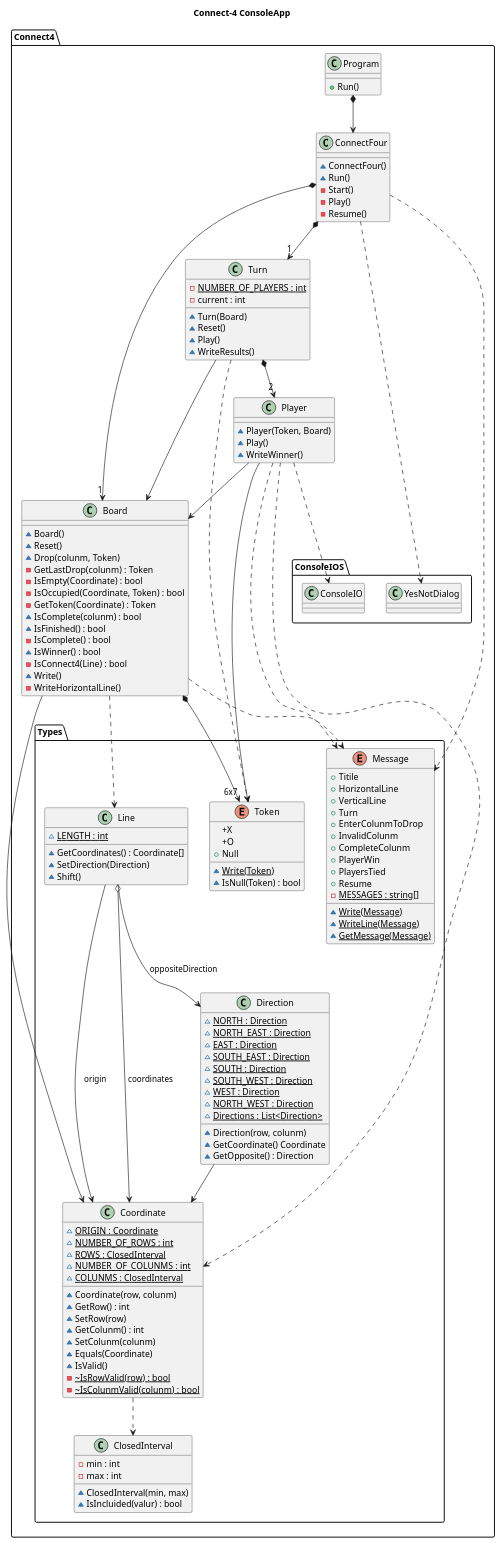
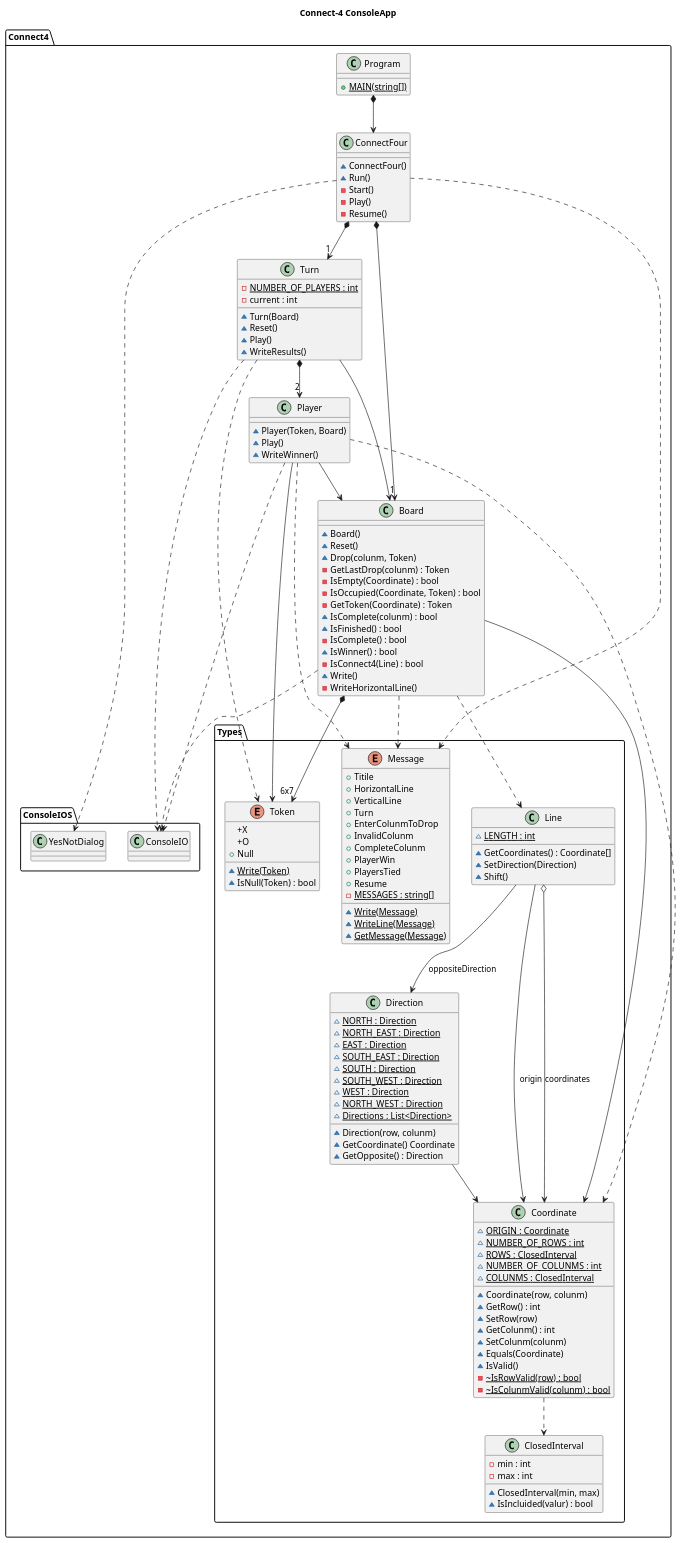
The diagram in src/Connect4/DomainModel/Version2/Docs/Models.plantuml (franpaulinoinfante/MasterSoftwareDevelopment), drawn with PlantUML before and after one commit. The commit also changed 1 other file, not shown here.

```diff
--- a/src/Connect4/DomainModel/Version2/Docs/Models.plantuml
+++ b/src/Connect4/DomainModel/Version2/Docs/Models.plantuml
@@ -1,141 +1,143 @@
 @startuml ConnectFourConsoleApp
 title Connect-4 ConsoleApp
 namespace Connect4{
     class Program{
-        +Run()
+        +{static}MAIN(string[])
     }
     Program *--> ConnectFour
 
     class ConnectFour{
         ~ConnectFour()
         ~Run()
         -Start()
         -Play()
         -Resume()
     }
     ConnectFour *--> "1" Board
     ConnectFour *--> "1" Turn
     ConnectFour ..> Types.Message
     ConnectFour ..> ConsoleIOS.YesNotDialog
 
     class Board{
         ~Board()
         ~Reset()
         ~Drop(colunm, Token)
         -GetLastDrop(colunm) : Token
         -IsEmpty(Coordinate) : bool
         -IsOccupied(Coordinate, Token) : bool
         -GetToken(Coordinate) : Token
         ~IsComplete(colunm) : bool
         ~IsFinished() : bool
         -IsComplete() : bool
         ~IsWinner() : bool
         -IsConnect4(Line) : bool
         ~Write()
         -WriteHorizontalLine()
     }
     Board *--> "6x7" Types.Token
     Board --> Types.Coordinate
     Board ..> Types.Line
     Board ..> Types.Message
+    Board ..> ConsoleIOS.ConsoleIO
 
     class Turn{
         -{static}NUMBER_OF_PLAYERS : int
         -current : int
         ~Turn(Board)
         ~Reset()
         ~Play()
         ~WriteResults()
     }
     Turn *--> "2" Player
     Turn --> Board
     Turn ..> Types.Token
+    Turn ..> ConsoleIOS.ConsoleIO
 
     class Player{
         ~Player(Token, Board)
         ~Play()
         ~WriteWinner()
     }
     Player --> Types.Token
     Player --> Board
     Player ..> Types.Message
     Player ..> Types.Coordinate
     Player ..> ConsoleIOS.ConsoleIO
 
     class Types.Coordinate{
         ~{static}ORIGIN : Coordinate
         ~{static}NUMBER_OF_ROWS : int
         ~{static}ROWS : ClosedInterval
         ~{static}NUMBER_OF_COLUNMS : int
         ~{static}COLUNMS : ClosedInterval
         ~Coordinate(row, colunm)
         ~GetRow() : int
         ~SetRow(row)
         ~GetColunm() : int
         ~SetColunm(colunm)
         ~Equals(Coordinate)
         ~IsValid()
         -~{static}IsRowValid(row) : bool
         -~{static}IsColunmValid(colunm) : bool
     }
     Types.Coordinate ..> Types.ClosedInterval
 
     class Types.ClosedInterval{
         -min : int
         -max : int
         ~ClosedInterval(min, max)
         ~IsIncluided(valur) : bool
     }
 
     class Types.Direction{
         ~{static}NORTH : Direction
         ~{static}NORTH_EAST : Direction
         ~{static}EAST : Direction
         ~{static}SOUTH_EAST : Direction
         ~{static}SOUTH : Direction
         ~{static}SOUTH_WEST : Direction
         ~{static}WEST : Direction
         ~{static}NORTH_WEST : Direction
         ~Direction(row, colunm)
         ~GetCoordinate() Coordinate
         ~GetOpposite() : Direction
         ~{static}Directions : List<Direction>
     }
     Types.Direction --> Types.Coordinate
 
     class Types.Line {
         ~{static}LENGTH : int
         ~GetCoordinates() : Coordinate[]
         ~SetDirection(Direction)
         ~Shift()
     }
     Types.Line --> Types.Coordinate : origin
     Types.Line o--> Types.Coordinate : coordinates
     Types.Line --> Types.Direction : oppositeDirection
 
     enum Types.Message{
         +Titile
         +HorizontalLine
         +VerticalLine
         +Turn
         +EnterColunmToDrop
         +InvalidColunm
         +CompleteColunm
         +PlayerWin
         +PlayersTied
         +Resume    
         -{static}MESSAGES : string[]
         ~{static}Write(Message)
         ~{static}WriteLine(Message)
         ~{static}GetMessage(Message)
     }
 
     enum Types.Token{
         +X
         +O
         +Null        
         ~{static}Write(Token)
         ~IsNull(Token) : bool
     }
 }
 @enduml
```
